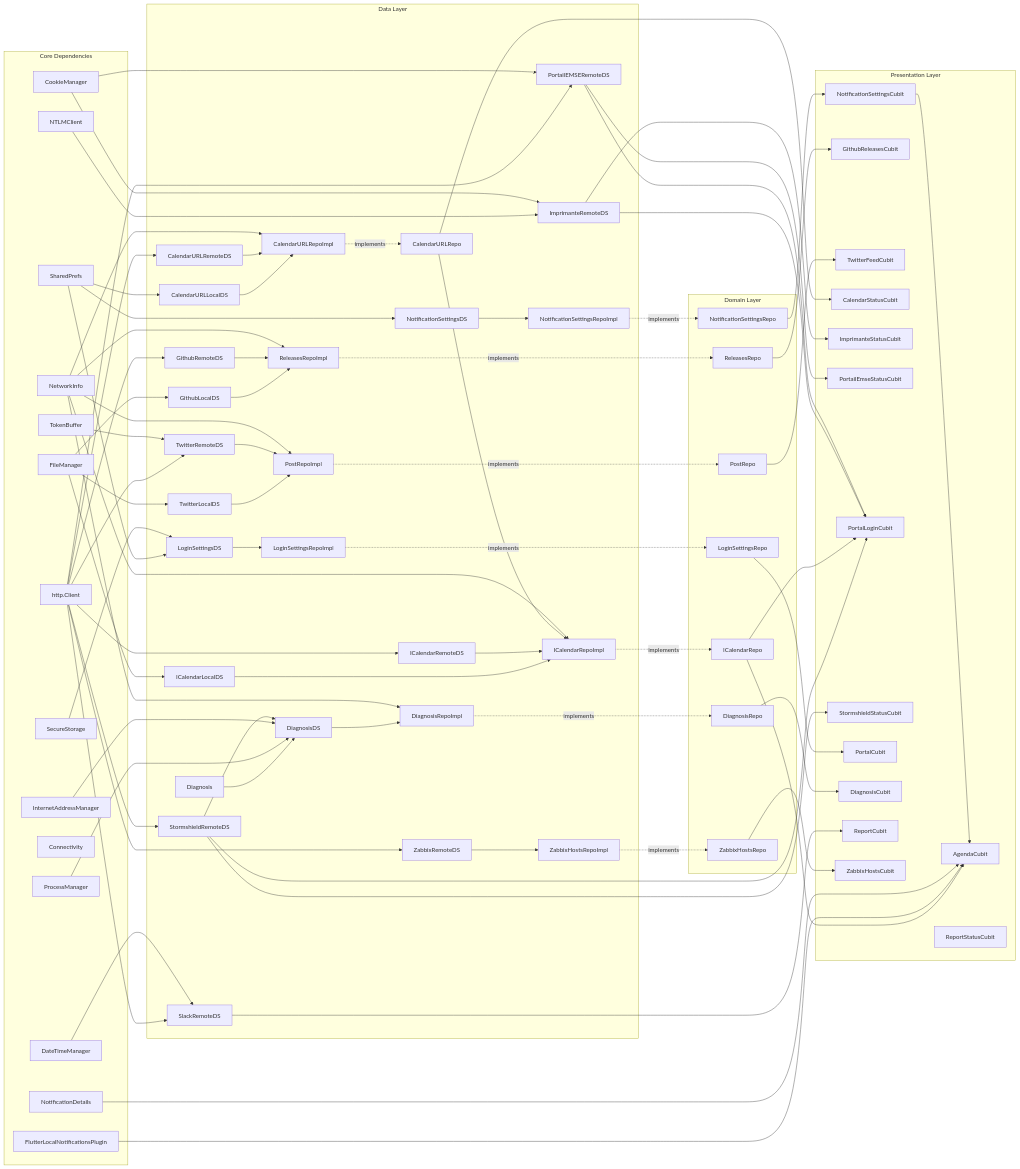
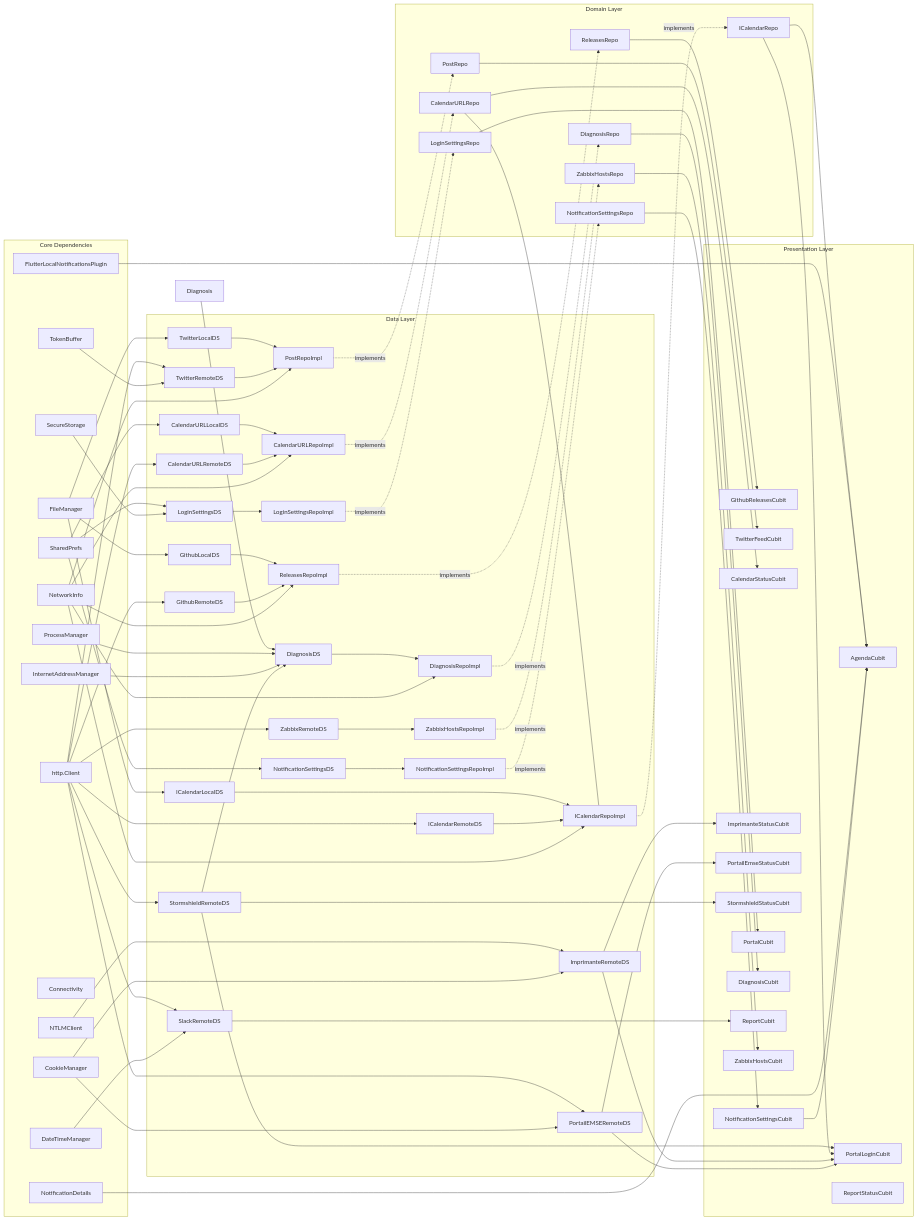
The diagram in docs/architecture.md (Darkness4/minitel-app), drawn with Mermaid before and after one commit.

Commit message:
Fix architecture

```diff
--- a/docs/architecture.md
+++ b/docs/architecture.md
@@ -332,8 +332,6 @@
   FlutterLocalNotificationsPlugin
   NotificationDetails
   end
-
-  subgraph Data Layer
 
   SharedPrefs --> CalendarURLLocalDS
   http.Client --> CalendarURLRemoteDS
@@ -360,6 +358,35 @@
   TokenBuffer --> TwitterRemoteDS
   http.Client --> ZabbixRemoteDS
 
+  subgraph Data Layer
+  CalendarURLLocalDS
+  CalendarURLRemoteDS
+  DiagnosisDS
+  ICalendarLocalDS
+  ICalendarRemoteDS
+  ImprimanteRemoteDS
+  PortailEMSERemoteDS
+  StormshieldRemoteDS
+  GithubLocalDS
+  GithubRemoteDS
+  LoginSettingsDS
+  NotificationSettingsDS
+  SlackRemoteDS
+  TwitterLocalDS
+  TwitterRemoteDS
+  ZabbixRemoteDS
+
+  CalendarURLRepoImpl
+  DiagnosisRepoImpl
+  ICalendarRepoImpl
+  LoginSettingsRepoImpl
+  NotificationSettingsRepoImpl
+  PostRepoImpl
+  ReleasesRepoImpl
+  ZabbixHostsRepoImpl
+  end
+
+
   CalendarURLLocalDS --> CalendarURLRepoImpl
   CalendarURLRemoteDS --> CalendarURLRepoImpl
   NetworkInfo --> CalendarURLRepoImpl
@@ -367,7 +394,7 @@
   NetworkInfo --> DiagnosisRepoImpl
   ICalendarLocalDS --> ICalendarRepoImpl
   ICalendarRemoteDS --> ICalendarRepoImpl
-  CalendarURLRepo --> ICalendarRepoImpl
+  CalendarURLRepo --- ICalendarRepoImpl
   NetworkInfo --> ICalendarRepoImpl
   LoginSettingsDS --> LoginSettingsRepoImpl
   NotificationSettingsDS --> NotificationSettingsRepoImpl
@@ -378,7 +405,6 @@
   GithubRemoteDS --> ReleasesRepoImpl
   NetworkInfo --> ReleasesRepoImpl
   ZabbixRemoteDS --> ZabbixHostsRepoImpl
-  end
 
   CalendarURLRepoImpl -.->|implements| CalendarURLRepo
   DiagnosisRepoImpl -.->|implements| DiagnosisRepo
```
